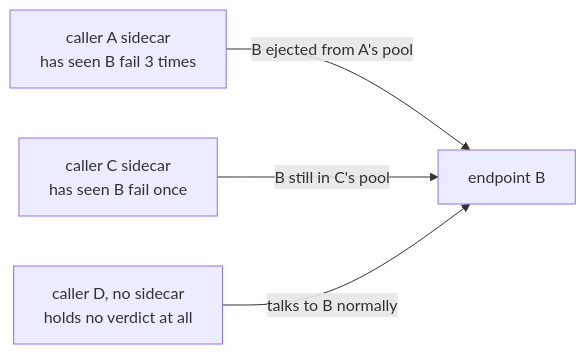
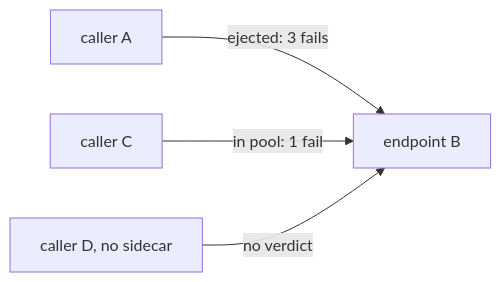
One commit to astrona-io/ATS014 changed the diagram in sections/section-040/module-03/course-03-local-temporary-and-verified.md. Above: the diagram before and after it, drawn with Mermaid. The commit also changed other lines of this file and 444 other files, not shown here.

````diff
--- a/sections/section-040/module-03/course-03-local-temporary-and-verified.md
+++ b/sections/section-040/module-03/course-03-local-temporary-and-verified.md
@@ -11,6 +11,6 @@
 ```mermaid
 flowchart LR
-    A["caller A sidecar<br/>has seen B fail 3 times"] -->|"B ejected from A's pool"| X["endpoint B"]
-    C["caller C sidecar<br/>has seen B fail once"] -->|"B still in C's pool"| X
-    D["caller D, no sidecar<br/>holds no verdict at all"] -->|"talks to B normally"| X
+    A["caller A"] -->|"ejected: 3 fails"| X["endpoint B"]
+    C["caller C"] -->|"in pool: 1 fail"| X
+    D["caller D, no sidecar"] -->|"no verdict"| X
 ```
````
